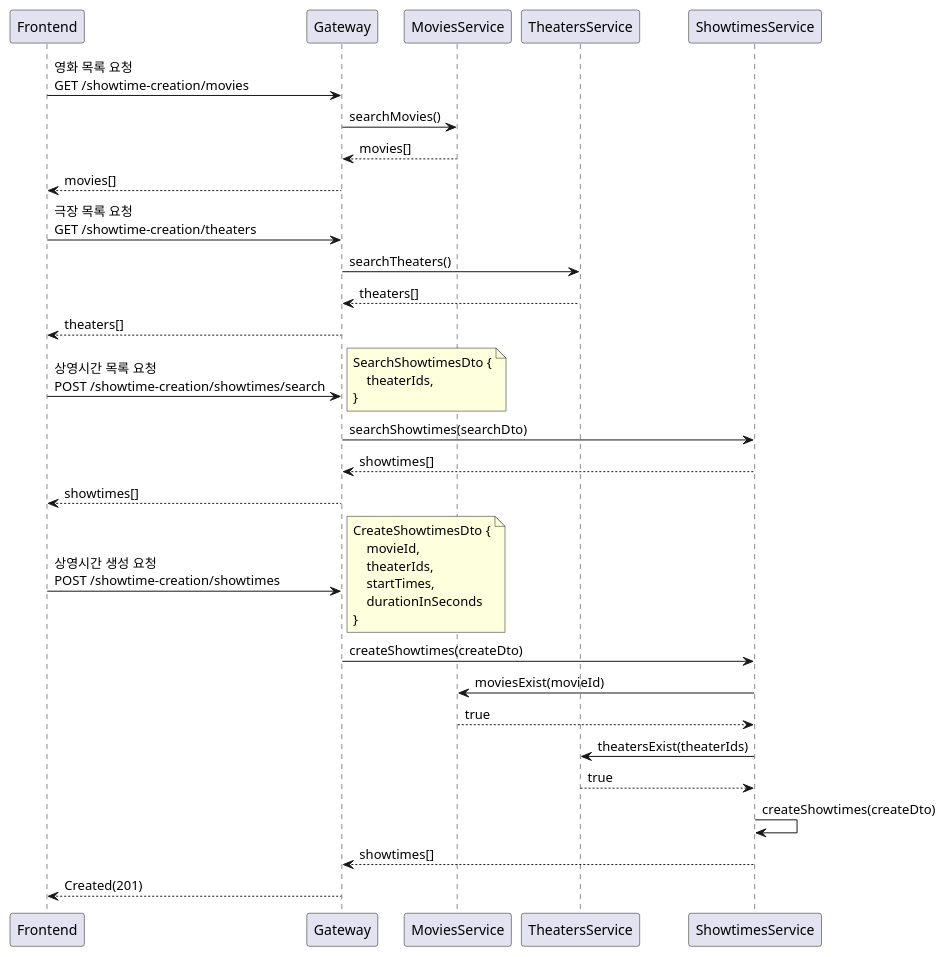
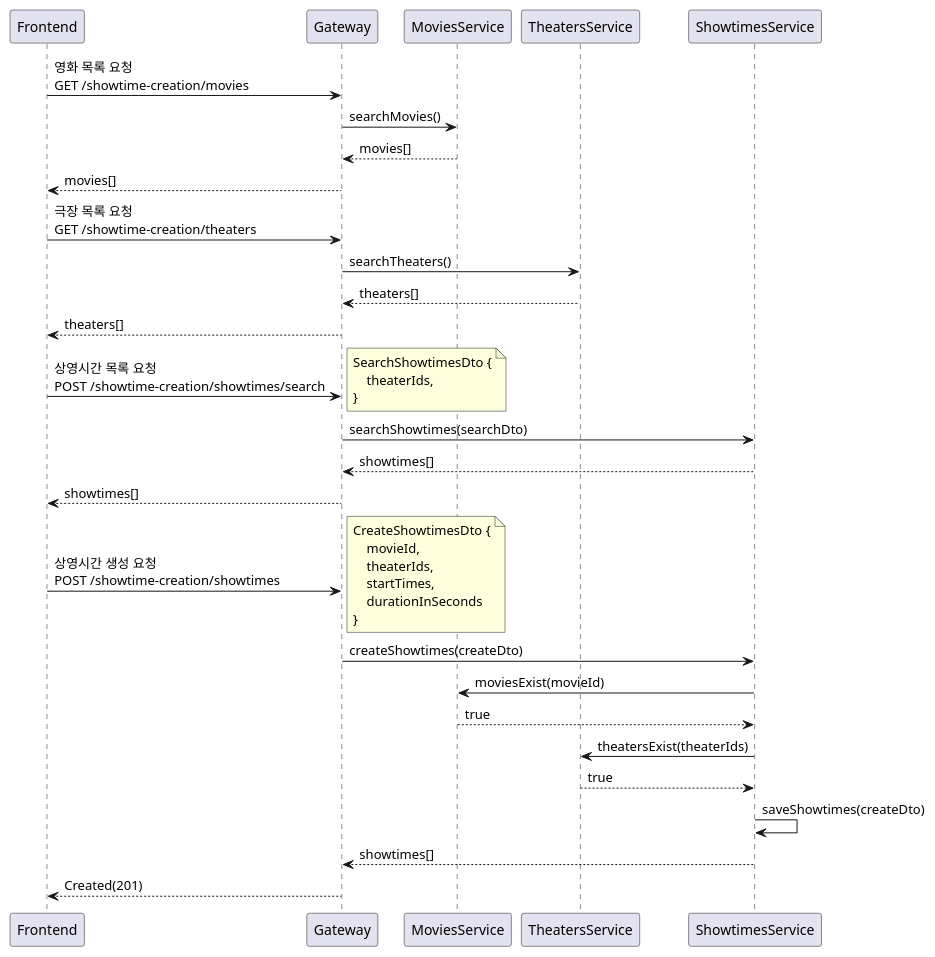
Before and after one commit to mannercode/mannercode.github.io: the tenth of 14 diagrams in _posts/2025-05-01-backend-design-2.md, drawn with PlantUML. The commit also changed other lines of this file and 9 other files, not shown here.

```diff
--- a/_posts/2025-05-01-backend-design-2.md
+++ b/_posts/2025-05-01-backend-design-2.md
@@ -443,44 +444,44 @@
 {% plantuml %}
 @startuml
 Frontend -> Gateway: 영화 목록 요청\nGET /showtime-creation/movies
     Gateway -> MoviesService: searchMovies()
     Gateway <-- MoviesService: movies[]
 Frontend <-- Gateway: movies[]
 
 Frontend -> Gateway: 극장 목록 요청\nGET /showtime-creation/theaters
     Gateway -> TheatersService: searchTheaters()
     Gateway <-- TheatersService: theaters[]
 Frontend <-- Gateway: theaters[]
 
 Frontend -> Gateway: 상영시간 목록 요청\nPOST /showtime-creation/showtimes/search
     note right
         SearchShowtimesDto {
             theaterIds,
         }
     end note
     Gateway -> ShowtimesService: searchShowtimes(searchDto)
     Gateway <-- ShowtimesService: showtimes[]
 Frontend <-- Gateway: showtimes[]
 
 Frontend -> Gateway: 상영시간 생성 요청\nPOST /showtime-creation/showtimes
     note right
         CreateShowtimesDto {
             movieId,
             theaterIds,
             startTimes,
             durationInSeconds
         }
     end note
     Gateway -> ShowtimesService: createShowtimes(createDto)
         ShowtimesService -> MoviesService: moviesExist(movieId)
         ShowtimesService <-- MoviesService: true
 
         ShowtimesService -> TheatersService: theatersExist(theaterIds)
         ShowtimesService <-- TheatersService: true
 
-        ShowtimesService -> ShowtimesService: createShowtimes(createDto)
+        ShowtimesService -> ShowtimesService: saveShowtimes(createDto)
     Gateway <-- ShowtimesService: showtimes[]
 Frontend <-- Gateway: Created(201)
 
 @enduml
 {% endplantuml %}
```
